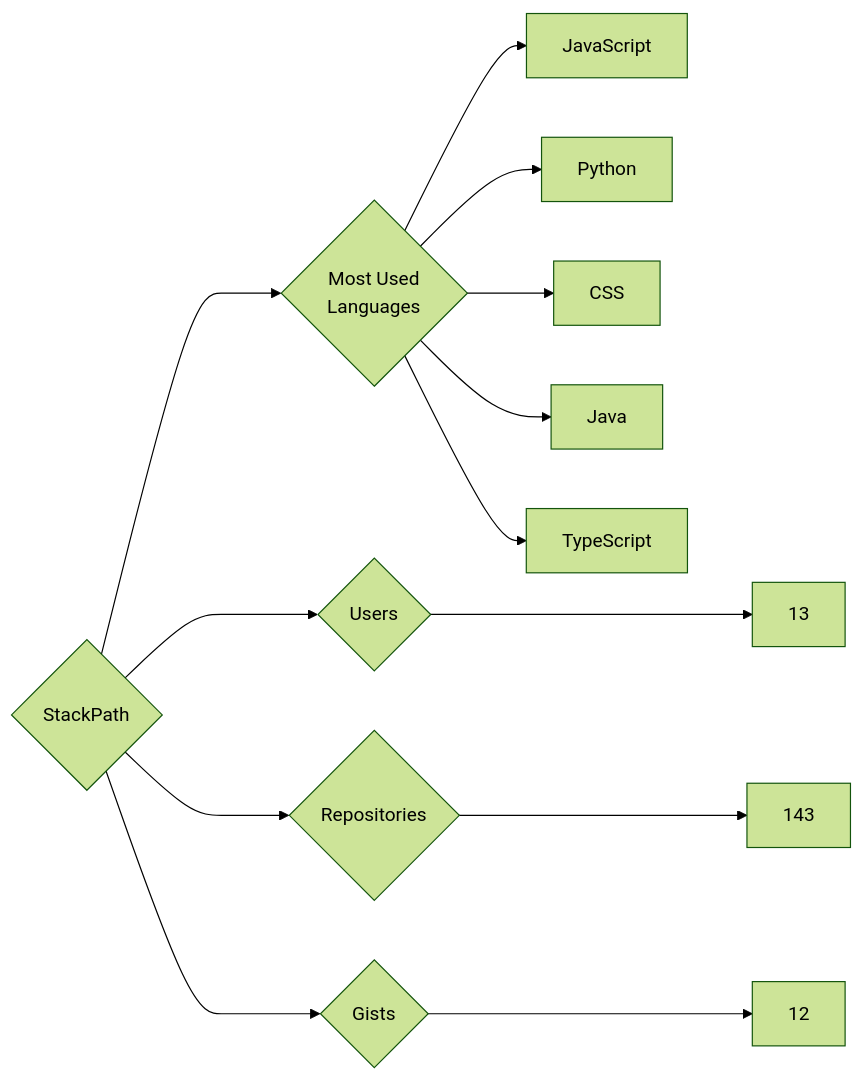
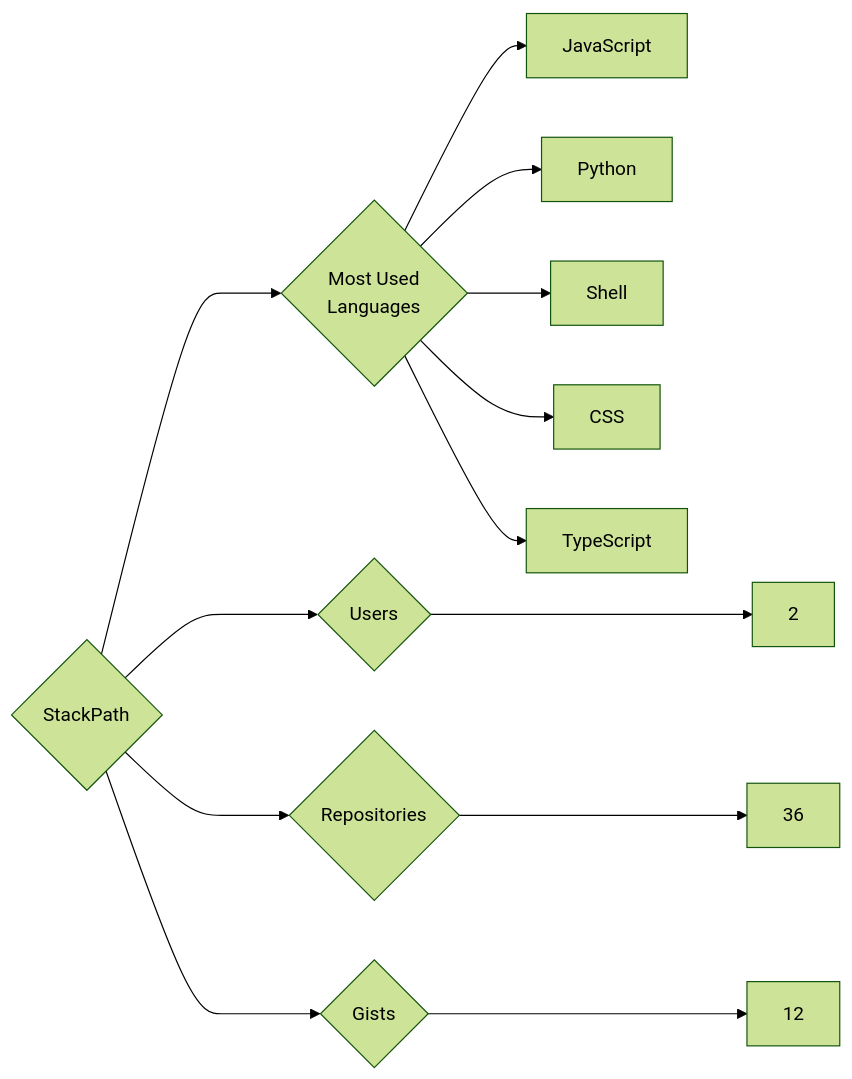
One commit to trickest/insiders changed the diagram in targets/StackPath/README.md. Above: the diagram before and after it, drawn with Mermaid (forest theme). The commit also changed 823 other files, not shown here.

````diff
--- a/targets/StackPath/README.md
+++ b/targets/StackPath/README.md
@@ -3,13 +3,13 @@
 ```mermaid
 graph LR
 COMPANY_NAME{StackPath}
-COMPANY_NAME ---> U{Users} ---> UN[13]
-COMPANY_NAME ---> R{Repositories} ---> RN[143]
+COMPANY_NAME ---> U{Users} ---> UN[2]
+COMPANY_NAME ---> R{Repositories} ---> RN[36]
 COMPANY_NAME ---> G{Gists} ---> GN[12]
 COMPANY_NAME ---> ML{Most Used<br>Languages}
 ML --> JavaScript[JavaScript]
 ML --> Python[Python]
+ML --> Shell[Shell]
 ML --> CSS[CSS]
-ML --> Java[Java]
 ML --> TypeScript[TypeScript]
 ```
````
